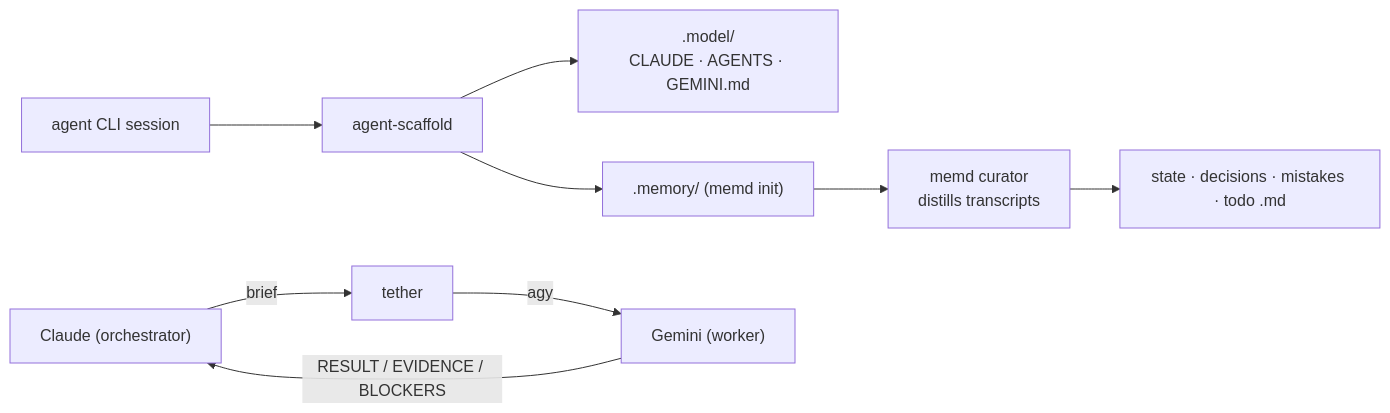
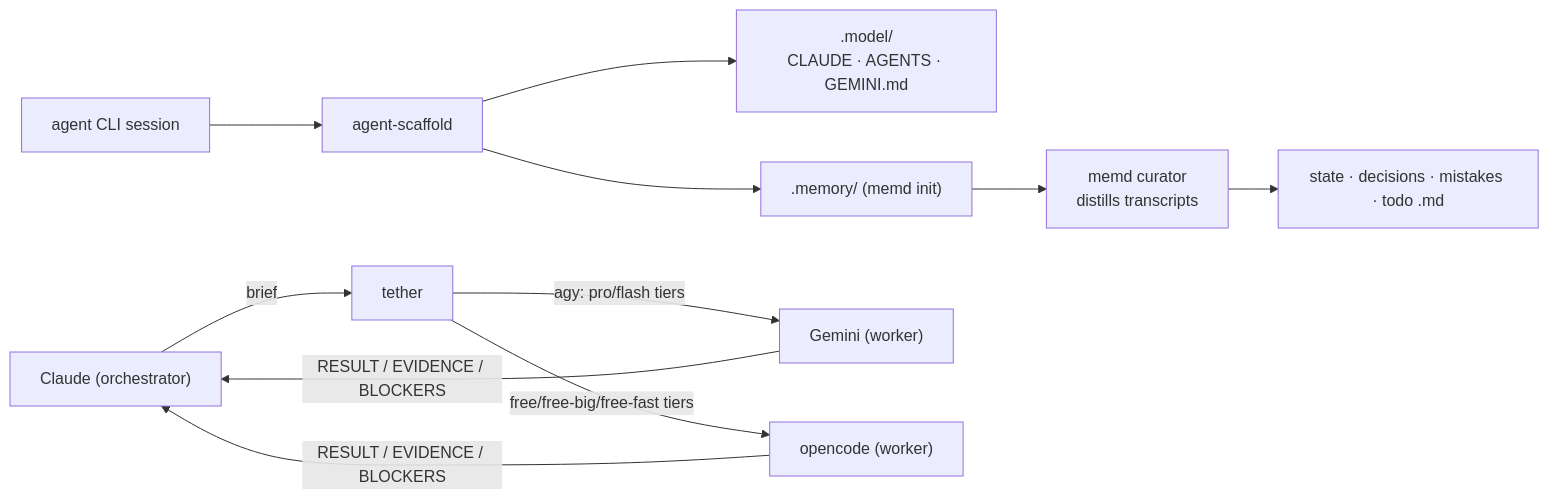
One commit to lowcache/volnixos-wiki changed the diagram in content/en/tooling/agents.md. Above: the diagram before and after it, drawn with Mermaid. The commit also changed other lines of this file and 36 other files, not shown here.

````diff
--- a/content/en/tooling/agents.md
+++ b/content/en/tooling/agents.md
@@ -13,11 +15,13 @@
 ```mermaid
 flowchart LR
     SS["agent CLI session"] --> AS["agent-scaffold"]
     AS --> M[".model/<br/>CLAUDE · AGENTS · GEMINI.md"]
     AS --> MEM[".memory/ (memd init)"]
     MEM --> CUR["memd curator<br/>distills transcripts"]
     CUR --> FILES["state · decisions · mistakes · todo .md"]
     CLAUDE["Claude (orchestrator)"] -->|brief| TETHER["tether"]
-    TETHER -->|agy| GEM["Gemini (worker)"]
+    TETHER -->|agy: pro/flash tiers| GEM["Gemini (worker)"]
+    TETHER -->|free/free-big/free-fast tiers| OC["opencode (worker)"]
     GEM -->|RESULT / EVIDENCE / BLOCKERS| CLAUDE
+    OC -->|RESULT / EVIDENCE / BLOCKERS| CLAUDE
 ```
````
